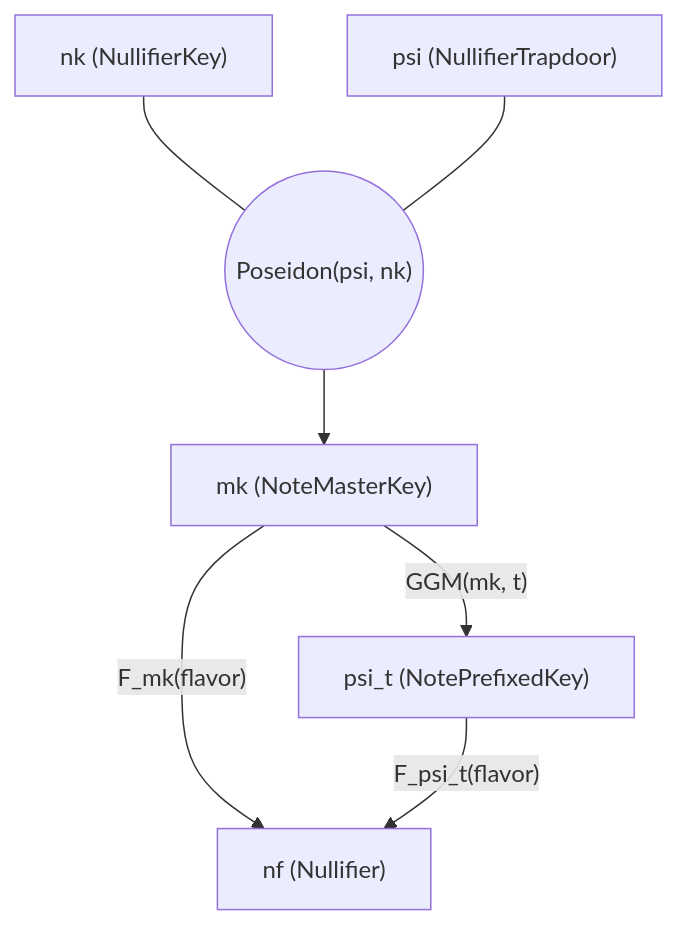
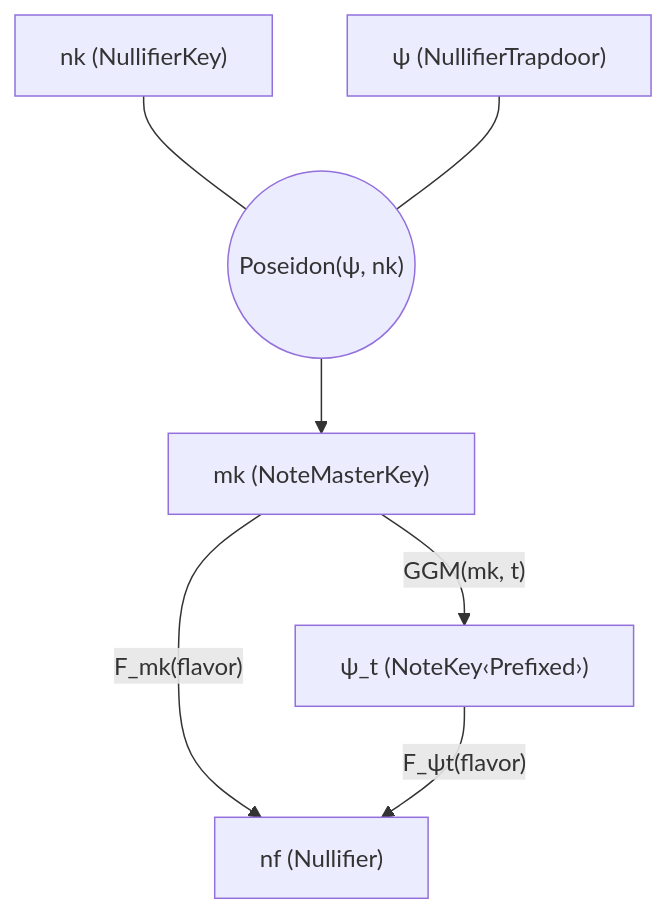
The diagram in book/src/notes.md (tachyon-zcash/tachyon), drawn with Mermaid before and after one commit. The commit also changed other lines of this file and 8 other files, not shown here.

````diff
--- a/book/src/notes.md
+++ b/book/src/notes.md
@@ -38,14 +38,14 @@
 ```mermaid
 flowchart TB
     nk["nk (NullifierKey)"]
-    psi["psi (NullifierTrapdoor)"]
+    psi["ψ (NullifierTrapdoor)"]
     mk["mk (NoteMasterKey)"]
     nf["nf (Nullifier)"]
-    psi_t["psi_t (NotePrefixedKey)"]
-    kdf(("Poseidon(psi, nk)"))
+    psi_t["ψ_t (NoteKey‹Prefixed›)"]
+    kdf(("Poseidon(ψ, nk)"))
 
     nk & psi ---  kdf --> mk
     mk -->|"F_mk(flavor)"| nf
     mk -->|"GGM(mk, t)"| psi_t
-    psi_t -->|"F_psi_t(flavor)"| nf
+    psi_t -->|"F_ψt(flavor)"| nf
 ```
````
